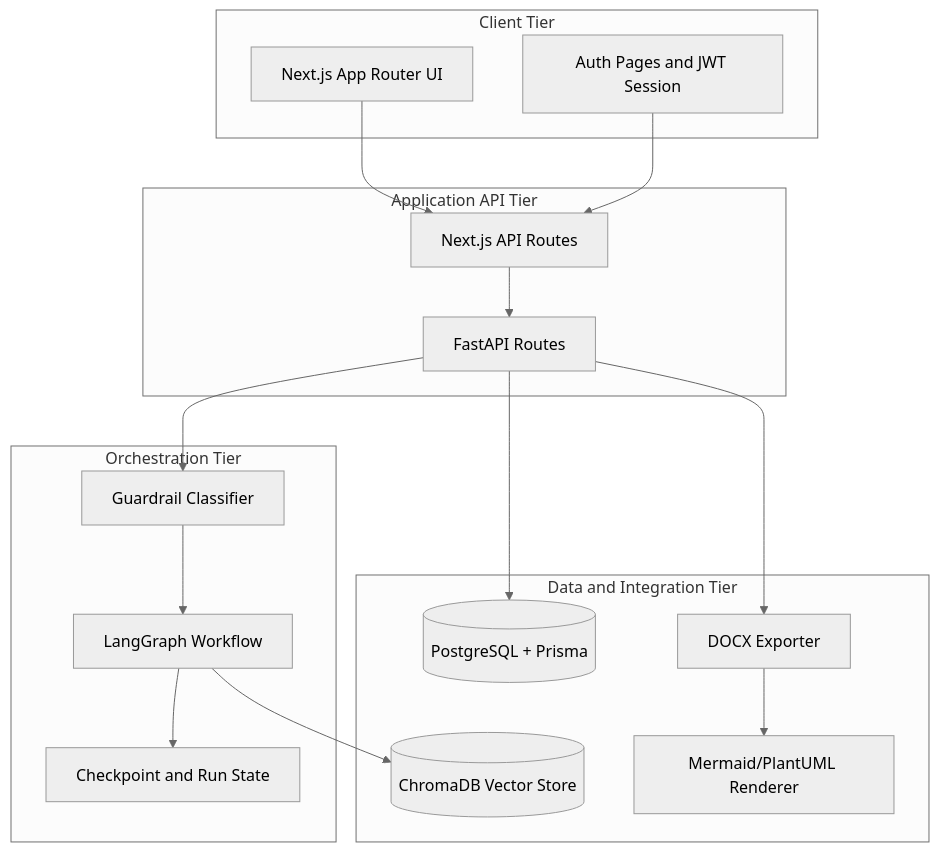
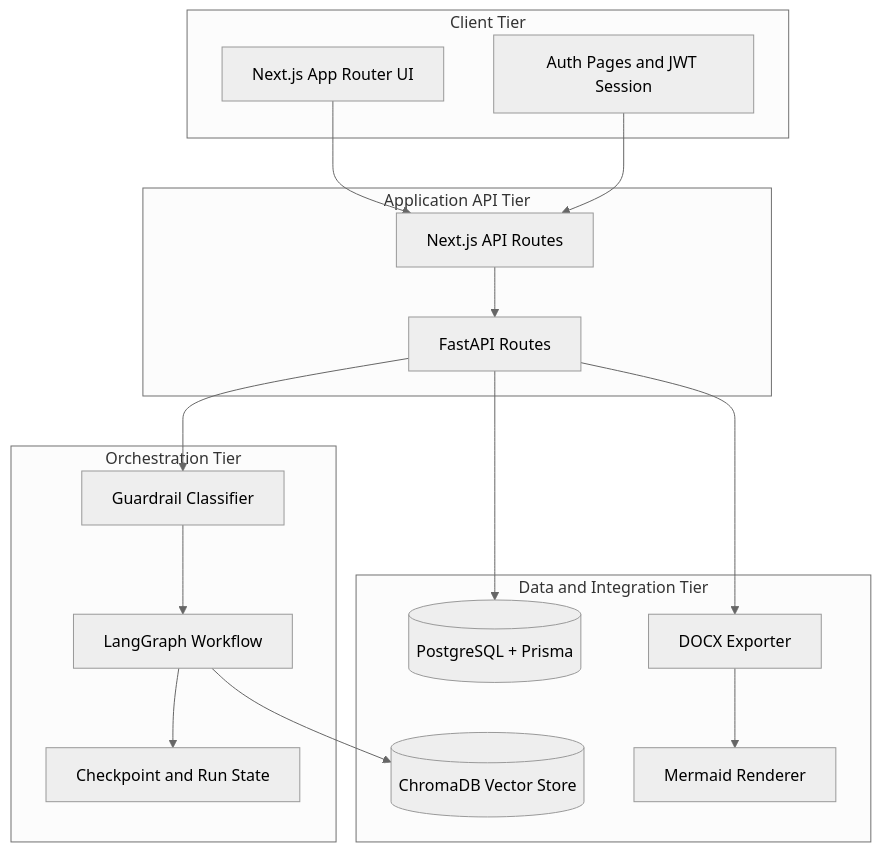
One commit to Ta1al/automated-SRS-generator changed the second of 4 diagrams in documentation/design_document.md. Above: the diagram before and after it, drawn with Mermaid (neutral theme). The commit also changed other lines of this file and 5 other files, not shown here.

Commit message:
refactor: update documentation to reflect removal of outline generation and approval phases, and clarify diagram generation process

````diff
--- a/documentation/design_document.md
+++ b/documentation/design_document.md
@@ -38,36 +38,36 @@
 ```mermaid
 flowchart TB
     subgraph Client[Client Tier]
         UI[Next.js App Router UI]
         Auth[Auth Pages and JWT Session]
     end
 
     subgraph Edge[Application API Tier]
         NAPI[Next.js API Routes]
         BAPI[FastAPI Routes]
     end
 
     subgraph Core[Orchestration Tier]
         Guard[Guardrail Classifier]
         LG[LangGraph Workflow]
         Check[Checkpoint and Run State]
     end
 
     subgraph Infra[Data and Integration Tier]
         PG[(PostgreSQL + Prisma)]
         VS[(ChromaDB Vector Store)]
         DOCX[DOCX Exporter]
-        MMD[Mermaid/PlantUML Renderer]
+        MMD[Mermaid Renderer]
     end
 
     UI --> NAPI
     Auth --> NAPI
     NAPI --> BAPI
     BAPI --> Guard
     Guard --> LG
     LG --> Check
     LG --> VS
     BAPI --> PG
     BAPI --> DOCX
     DOCX --> MMD
 ```
````
